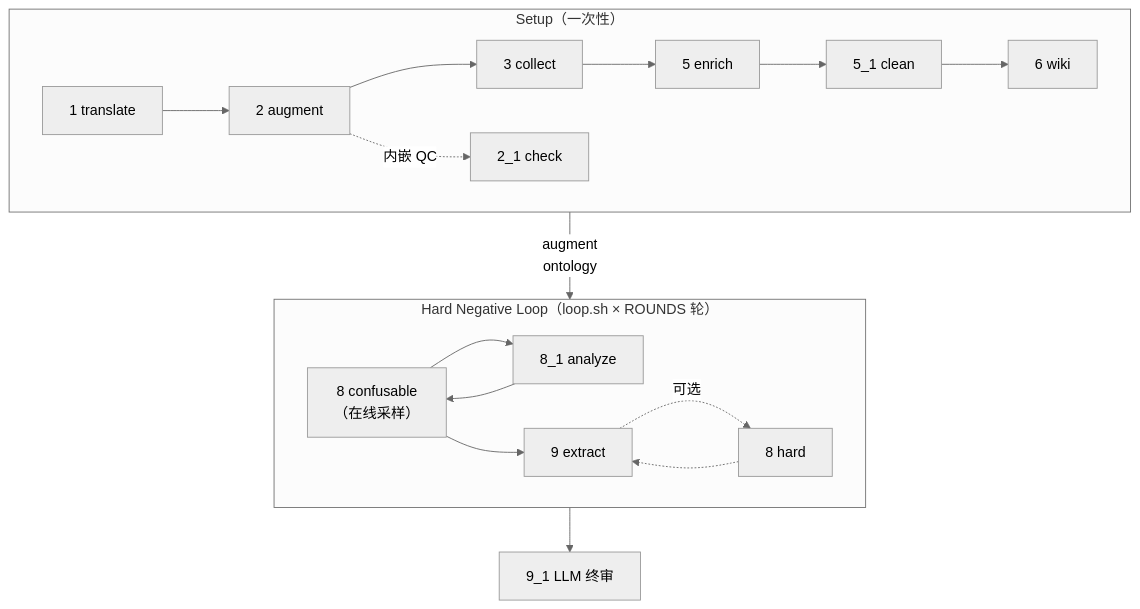
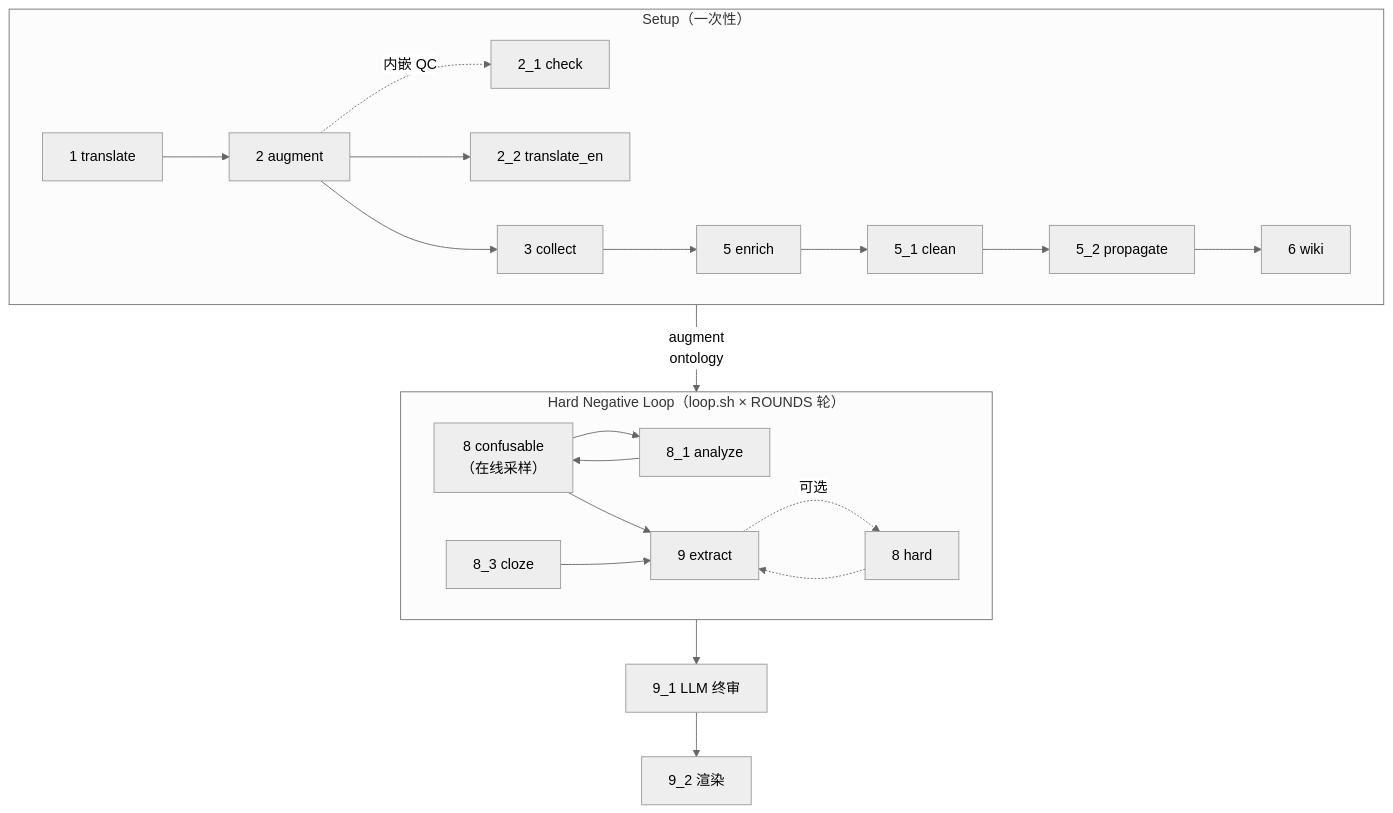
One commit to Fancomi/sport_ontology changed the third of 3 diagrams in tools/PIPELINE.md. Above: the diagram before and after it, drawn with Mermaid (neutral theme). The commit also changed other lines of this file and 5 other files, not shown here.

````diff
--- a/tools/PIPELINE.md
+++ b/tools/PIPELINE.md
@@ -60,20 +66,25 @@
 ```mermaid
 flowchart TB
     subgraph setup["Setup（一次性）"]
         direction LR
-        S1["1 translate"] --> S2["2 augment"] --> S3["3 collect"] --> S5["5 enrich"] --> S51["5_1 clean"] --> S6["6 wiki"]
+        S1["1 translate"] --> S2["2 augment"]
         S2 -.->|内嵌 QC| S21["2_1 check"]
+        S2 --> S22["2_2 translate_en"]
+        S2 --> S3["3 collect"] --> S5["5 enrich"] --> S51["5_1 clean"] --> S52["5_2 propagate"] --> S6["6 wiki"]
     end
 
     subgraph loop["Hard Negative Loop（loop.sh × ROUNDS 轮）"]
         direction LR
         S8C["8 confusable\n（在线采样）"] --> S81["8_1 analyze"] --> S8C
         S8C --> S9["9 extract"]
         S9 -.->|可选| S8H["8 hard"] -.-> S9
+        S83["8_3 cloze"] --> S9
     end
 
     S91["9_1 LLM 终审"]
+    S92["9_2 渲染"]
 
     setup -->|"augment\nontology"| loop
     S9 --> S91
+    S91 --> S92
 ```
````
